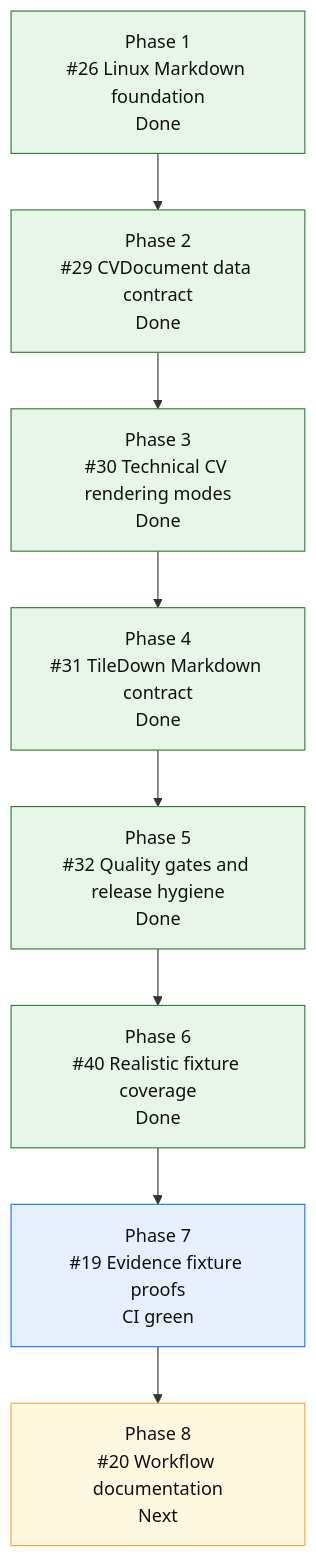
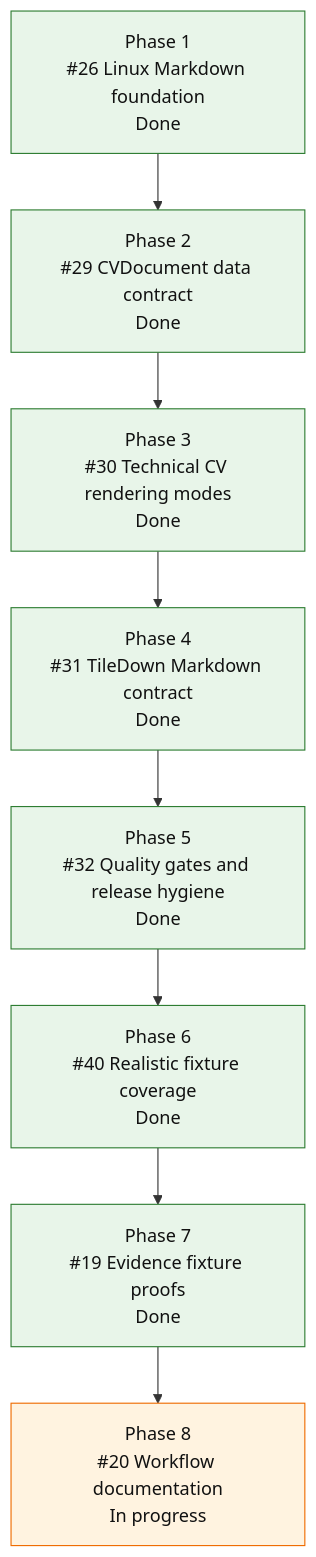
Before and after one commit to mihaelamj/cvbuilder: the diagram in README.md, drawn with Mermaid. The commit also changed other lines of this file and 4 other files, not shown here.

Commit message:
docs(workflow): document JSON to Markdown flow

````diff
--- a/README.md
+++ b/README.md
@@ -154,24 +156,23 @@
 ```mermaid
 flowchart TD
     P1["Phase 1<br/>#26 Linux Markdown foundation<br/>Done"]
     P2["Phase 2<br/>#29 CVDocument data contract<br/>Done"]
     P3["Phase 3<br/>#30 Technical CV rendering modes<br/>Done"]
     P4["Phase 4<br/>#31 TileDown Markdown contract<br/>Done"]
     P5["Phase 5<br/>#32 Quality gates and release hygiene<br/>Done"]
     P6["Phase 6<br/>#40 Realistic fixture coverage<br/>Done"]
-    P7["Phase 7<br/>#19 Evidence fixture proofs<br/>CI green"]
-    P8["Phase 8<br/>#20 Workflow documentation<br/>Next"]
+    P7["Phase 7<br/>#19 Evidence fixture proofs<br/>Done"]
+    P8["Phase 8<br/>#20 Workflow documentation<br/>In progress"]
 
     P1 --> P2 --> P3 --> P4 --> P5 --> P6 --> P7 --> P8
 
     classDef done fill:#e8f5e9,stroke:#2e7d32,color:#111;
     classDef active fill:#fff3e0,stroke:#ef6c00,color:#111;
     classDef review fill:#e8f0fe,stroke:#1a73e8,color:#111;
     classDef next fill:#fff8e1,stroke:#f9a825,color:#111;
     classDef partial fill:#e0f7fa,stroke:#00838f,color:#111;
     classDef todo fill:#eef3ff,stroke:#3367d6,color:#111;
     class P1,P2,P3,P4 done;
-    class P5,P6 done;
-    class P7 review;
-    class P8 next;
+    class P5,P6,P7 done;
+    class P8 active;
 ```
````
